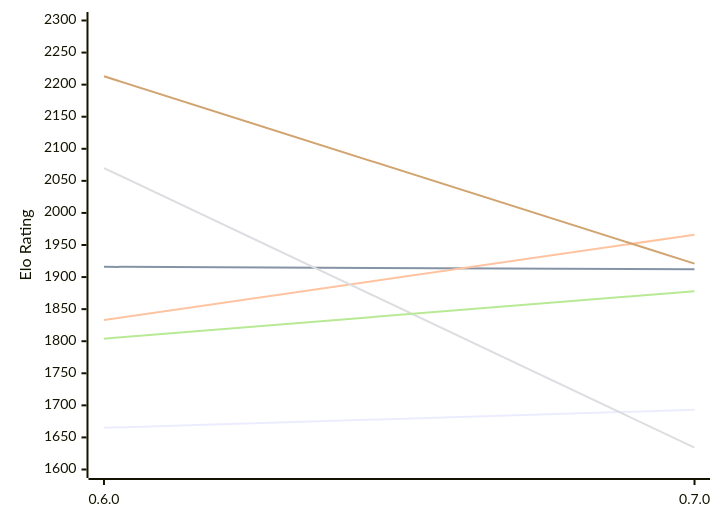
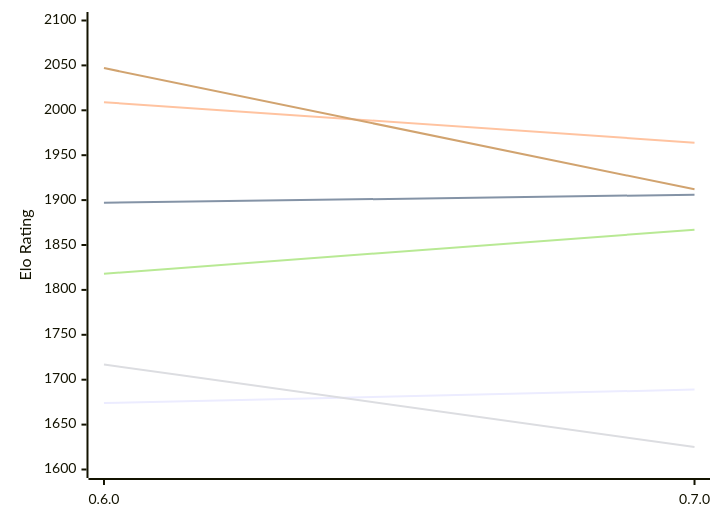
The first of 2 diagrams in engines/Chess-rs.md (computer-chess-index/cci), drawn with Mermaid before and after one commit. The commit also changed other lines of this file, not shown here.

Commit message:
Update CCI Ratings (ELO VLTC) - 2026-11-14

````diff
--- a/engines/Chess-rs.md
+++ b/engines/Chess-rs.md
@@ -51,12 +51,12 @@
 ```mermaid
 %%{init: {"theme":"base","themeVariables":{"seriesColors:['#a3a3a3','#222221','#faa371']}}}%%
 xychart-beta
   x-axis ["0.6.0", "0.7.0"]
-  y-axis "Elo Rating" 1600 --> 2300
-  line "E1: STC (8.0+0.08s)" [1665, 1693]
-  line "E1: LTC (60.0+0.60s)" [1916, 1912]
-  line "E1: VLTC (2m24s+1.12s)" [1833, 1966]
-  line "P1: STC (8.0+0.08s)" [2070, 1634]
-  line "P1: LTC (60.0+0.60s)" [1804, 1878]
-  line "P1: VLTC (2m24s+1.12s)" [2213, 1921]
+  y-axis "Elo Rating" 1600 --> 2100
+  line "E1: STC (8.0+0.08s)" [1674, 1689]
+  line "E1: LTC (60.0+0.60s)" [1897, 1906]
+  line "E1: VLTC (2m24s+1.12s)" [2009, 1964]
+  line "P1: STC (8.0+0.08s)" [1717, 1625]
+  line "P1: LTC (60.0+0.60s)" [1818, 1867]
+  line "P1: VLTC (2m24s+1.12s)" [2047, 1912]
 ```
````
